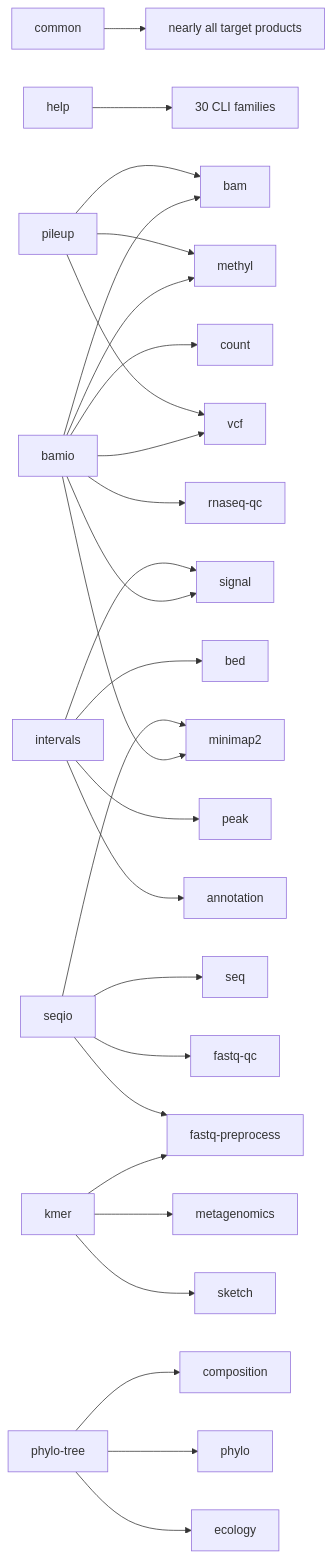
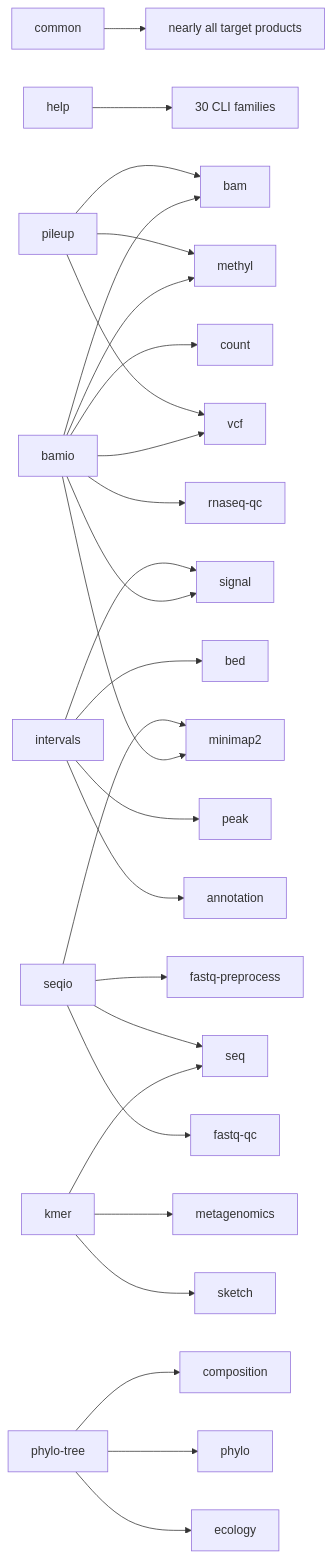
The diagram in docs/00-overview/portfolio-reconstruction.md (omics-rust/rsomics-world), drawn with Mermaid before and after one commit. The commit also changed other lines of this file and 12 other files, not shown here.

````diff
--- a/docs/00-overview/portfolio-reconstruction.md
+++ b/docs/00-overview/portfolio-reconstruction.md
@@ -188,29 +190,29 @@
 ```mermaid
 flowchart LR
     common["common"] --> products["nearly all target products"]
     help["help"] --> cli["30 CLI families"]
     bamio["bamio"] --> bam["bam"]
     bamio --> count["count"]
     bamio --> methyl["methyl"]
     bamio --> minimap2["minimap2"]
     bamio --> signal["signal"]
     bamio --> rnaqc["rnaseq-qc"]
     bamio --> vcf["vcf"]
     intervals["intervals"] --> bed["bed"]
     intervals --> signal
     intervals --> peak["peak"]
     intervals --> annotation["annotation"]
-    kmer["kmer"] --> fastq["fastq-preprocess"]
+    kmer["kmer"] --> seq["seq"]
     kmer --> meta["metagenomics"]
     kmer --> sketch["sketch"]
-    seqio["seqio"] --> seq["seq"]
-    seqio --> fastq
+    seqio["seqio"] --> seq
+    seqio --> fastq["fastq-preprocess"]
     seqio --> fastqqc["fastq-qc"]
     seqio --> minimap2
     tree["phylo-tree"] --> composition["composition"]
     tree --> phylo["phylo"]
     tree --> ecology["ecology"]
     pileup["pileup"] --> bam
     pileup --> methyl
     pileup --> vcf
 ```
````
